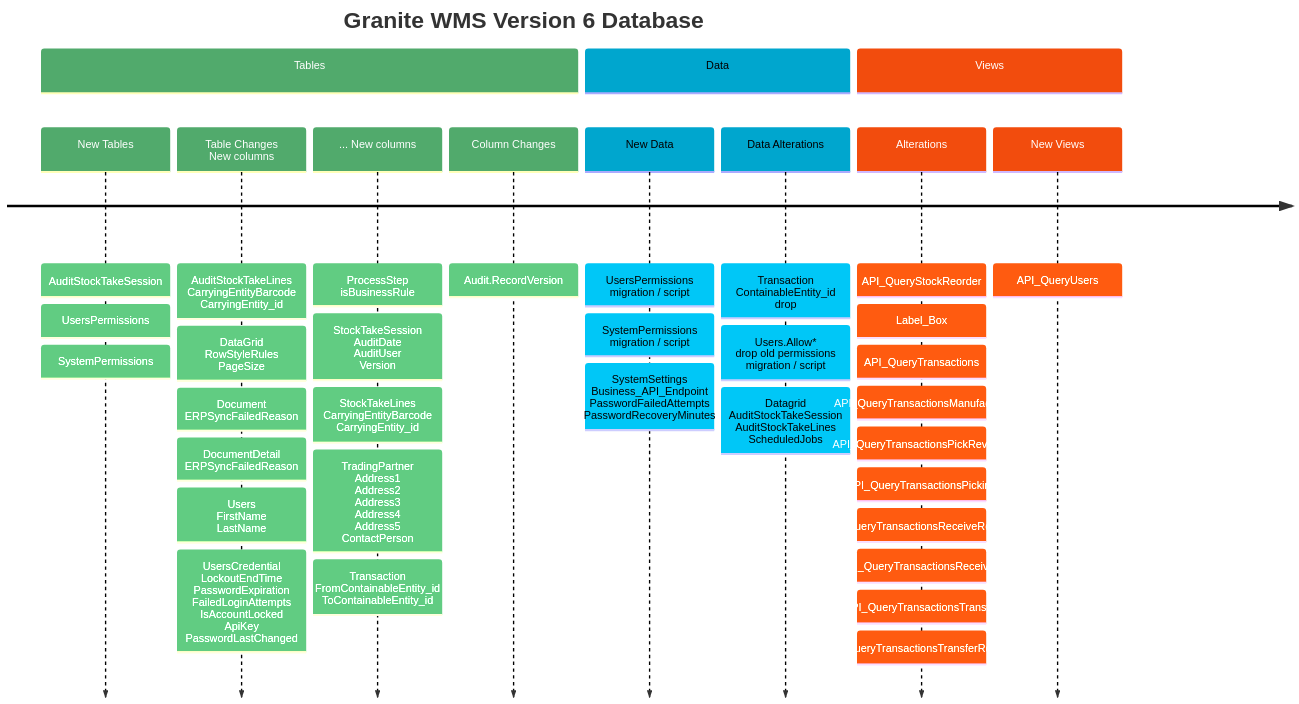
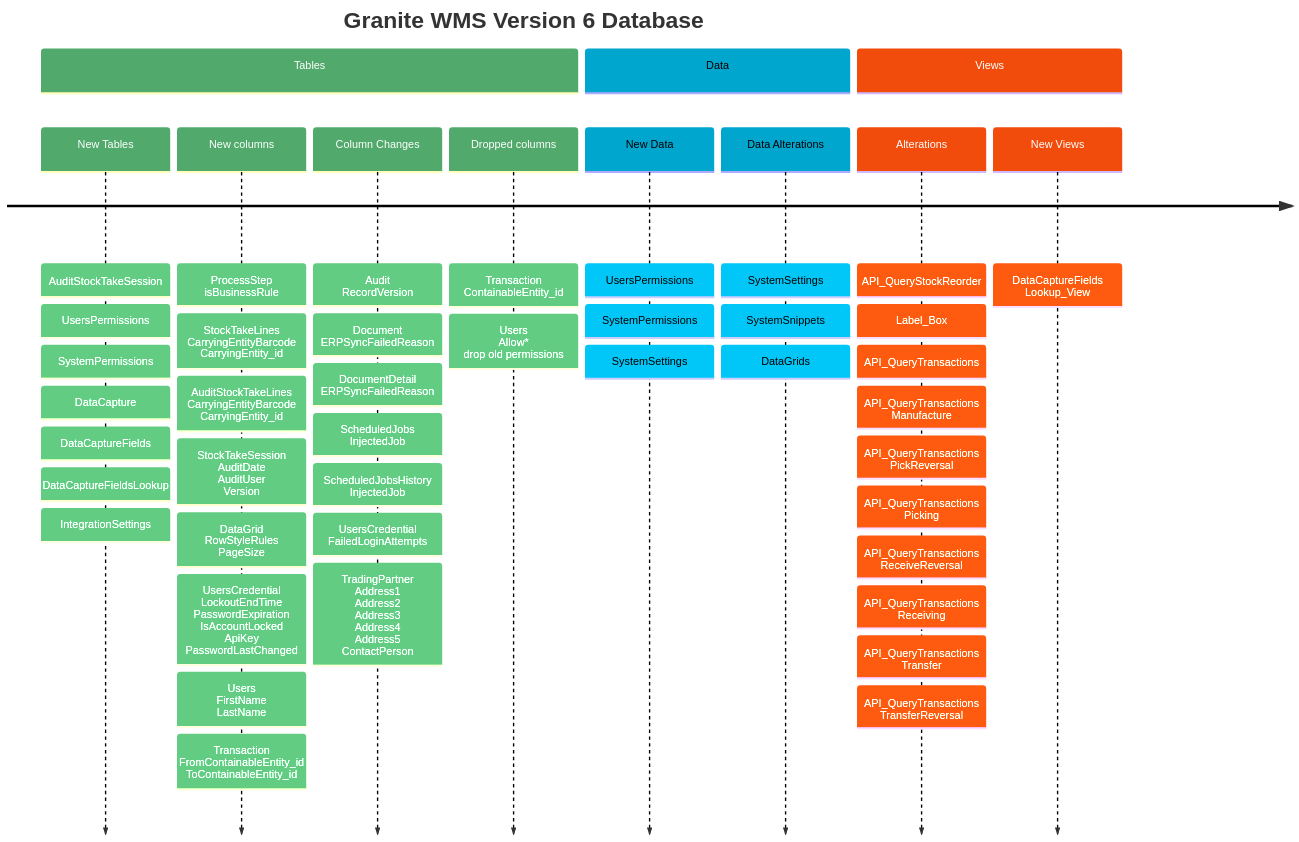
The first of 3 diagrams in docs/updates/V6/cheatsheet.md (GraniteWMS/GraniteDocs), drawn with Mermaid before and after one commit. The commit also changed other lines of this file, not shown here.

Commit message:
maint: update cheat sheet

````diff
--- a/docs/updates/V6/cheatsheet.md
+++ b/docs/updates/V6/cheatsheet.md
@@ -7,29 +7,30 @@
 ```mermaid
 %%{init: { 'logLevel': 'debug', 'theme': 'default' , 'themeVariables': {
               'cScale0': '#51AA6C', 'cScaleLabel0': '#ffffff',
               'cScale1': '#00A6CE',
               'cScale2': '#F24C0D', 'cScaleLabel2': '#ffffff'
        } } }%%
     timeline
         title Granite WMS Version 6 Database
        
         section Tables
-          New Tables : AuditStockTakeSession : UsersPermissions : SystemPermissions  
+          New Tables : AuditStockTakeSession : UsersPermissions : SystemPermissions : DataCapture : DataCaptureFields : DataCaptureFieldsLookup : IntegrationSettings
 
-          Table Changes <br> New columns : AuditStockTakeLines <br> CarryingEntityBarcode <br> CarryingEntity_id : DataGrid <br> RowStyleRules  <br>  PageSize : Document <br> ERPSyncFailedReason : DocumentDetail <br> ERPSyncFailedReason : Users <br> FirstName  <br>  LastName : UsersCredential <br> LockoutEndTime  <br>  PasswordExpiration  <br>  FailedLoginAttempts  <br>  IsAccountLocked  <br>  ApiKey  <br>  PasswordLastChanged
+          New columns : ProcessStep <br> isBusinessRule :  StockTakeLines <br> CarryingEntityBarcode <br> CarryingEntity_id : AuditStockTakeLines <br> CarryingEntityBarcode <br> CarryingEntity_id : StockTakeSession <br> AuditDate <br> AuditUser <br> Version : DataGrid <br> RowStyleRules <br> PageSize : UsersCredential <br> LockoutEndTime <br> PasswordExpiration <br> IsAccountLocked <br> ApiKey <br> PasswordLastChanged : Users <br> FirstName <br> LastName : Transaction <br> FromContainableEntity_id <br> ToContainableEntity_id
+        
+         Column Changes : Audit <br> RecordVersion : Document <br> ERPSyncFailedReason : DocumentDetail <br> ERPSyncFailedReason : ScheduledJobs <br> InjectedJob : ScheduledJobsHistory <br> InjectedJob : UsersCredential <br> FailedLoginAttempts : TradingPartner <br> Address1 <br> Address2 <br> Address3 <br> Address4 <br> Address5 <br> ContactPerson
 
-          ... New columns : ProcessStep <br> isBusinessRule : StockTakeSession <br> AuditDate <br> AuditUser <br> Version : StockTakeLines  <br> CarryingEntityBarcode <br> CarryingEntity_id  : TradingPartner <br> Address1 <br> Address2 <br> Address3 <br> Address4 <br> Address5 <br> ContactPerson : Transaction <br> FromContainableEntity_id <br> ToContainableEntity_id
-        
-         Column Changes : Audit.RecordVersion
+         Dropped columns : Transaction <br> ContainableEntity_id : Users <br> Allow* <br> drop old permissions
 
          section Data
 
-          New Data : UsersPermissions <br> migration / script : SystemPermissions <br> migration / script : SystemSettings <br> Business_API_Endpoint <br> PasswordFailedAttempts <br> PasswordRecoveryMinutes
-          Data Alterations : Transaction <br> ContainableEntity_id <br> drop : Users.Allow* <br> drop old permissions <br> migration / script  : Datagrid <br> AuditStockTakeSession <br> AuditStockTakeLines <br> ScheduledJobs
+          New Data : UsersPermissions  : SystemPermissions : SystemSettings
+          Data Alterations :  SystemSettings : SystemSnippets : DataGrids
+          
          section Views
-          Alterations : API_QueryStockReorder : Label_Box : API_QueryTransactions : API_QueryTransactionsManufacture : API_QueryTransactionsPickReversal : API_QueryTransactionsPicking : API_QueryTransactionsReceiveReversal : API_QueryTransactionsReceiving : API_QueryTransactionsTransfer : API_QueryTransactionsTransferReversal
+          Alterations : API_QueryStockReorder : Label_Box : API_QueryTransactions : API_QueryTransactions<br>Manufacture : API_QueryTransactions<br>PickReversal : API_QueryTransactions<br>Picking : API_QueryTransactions<br>ReceiveReversal : API_QueryTransactions<br>Receiving : API_QueryTransactions<br>Transfer : API_QueryTransactions<br>TransferReversal
 
-          New Views : API_QueryUsers
+          New Views : DataCaptureFields<br>Lookup_View
 
 
 ```
````
